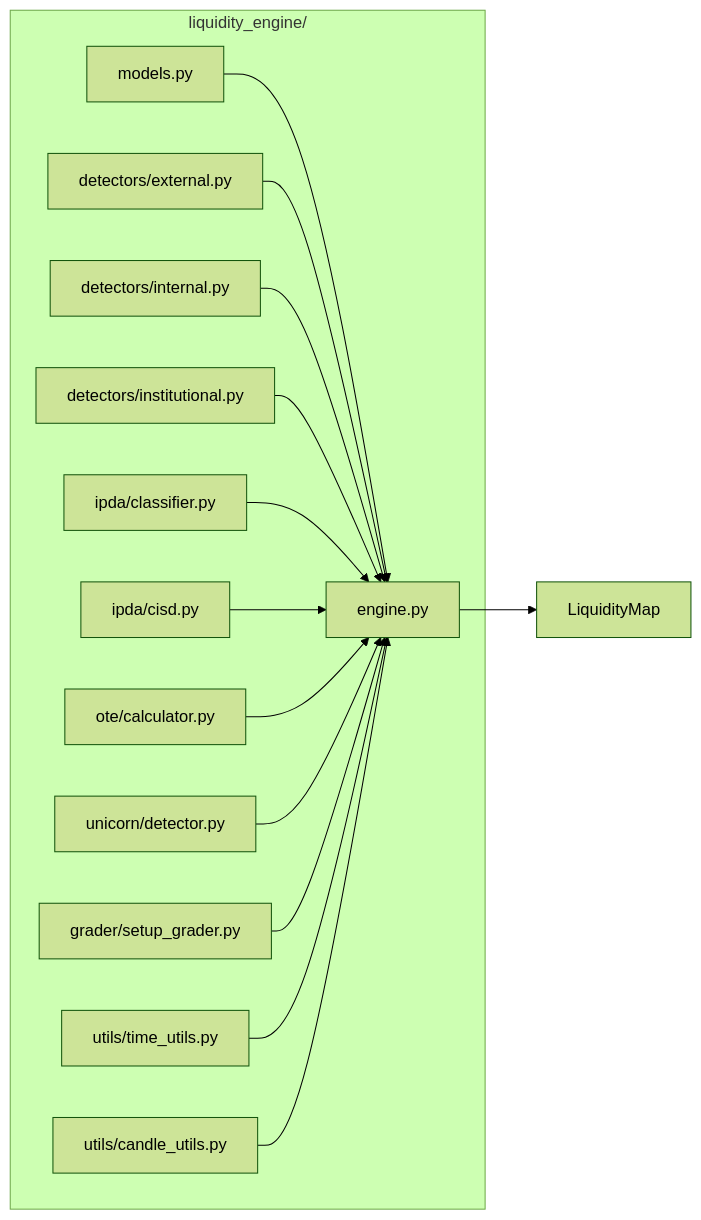
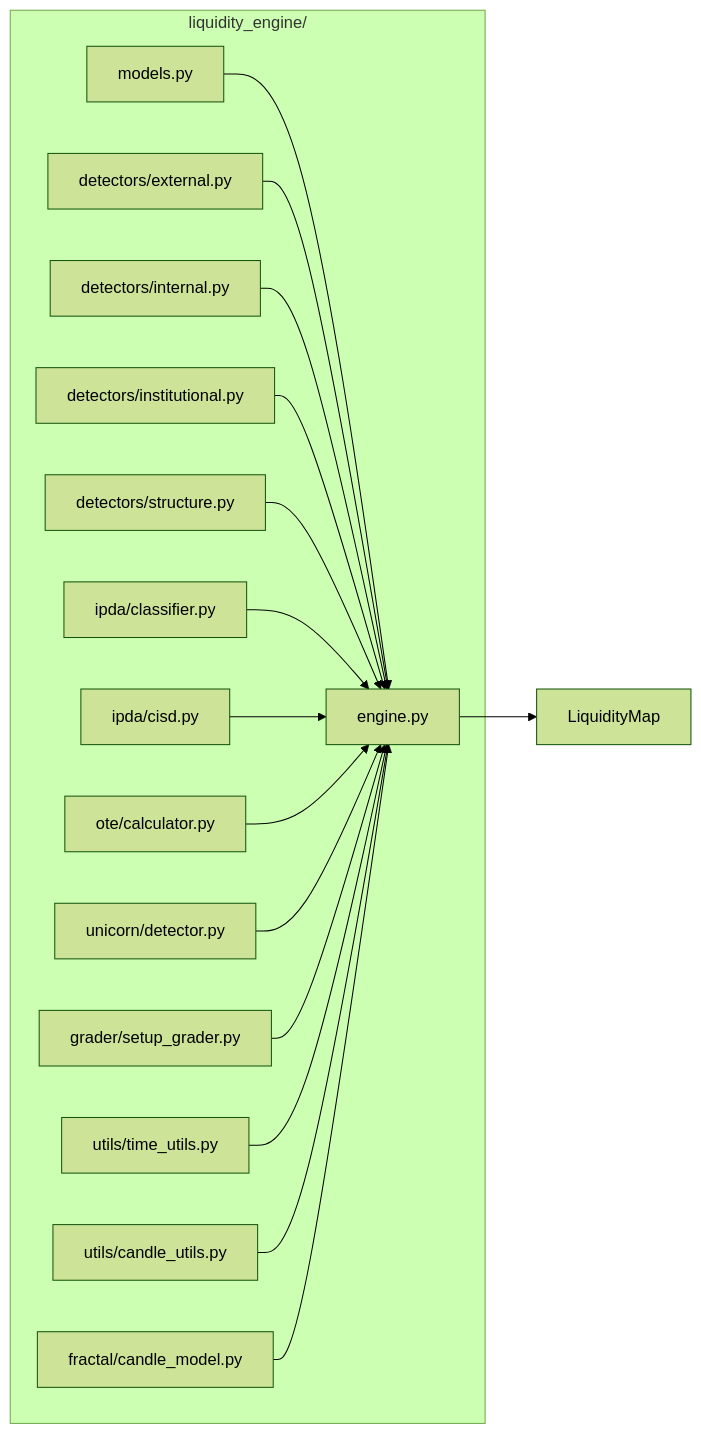
The second of 4 diagrams in .kiro/specs/liquidity-engine/design.md (RonoHenry/AgentICTrader), drawn with Mermaid (forest theme) before and after one commit. The commit also changed other lines of this file and 15 other files, not shown here.

````diff
--- a/.kiro/specs/liquidity-engine/design.md
+++ b/.kiro/specs/liquidity-engine/design.md
@@ -36,17 +46,19 @@
 ```mermaid
 graph LR
     subgraph liquidity_engine/
         M[models.py] --> N[engine.py]
         O[detectors/external.py] --> N
         P[detectors/internal.py] --> N
         Q[detectors/institutional.py] --> N
+        Q2[detectors/structure.py] --> N
         R[ipda/classifier.py] --> N
         S[ipda/cisd.py] --> N
         T[ote/calculator.py] --> N
         U[unicorn/detector.py] --> N
         V[grader/setup_grader.py] --> N
         W[utils/time_utils.py] --> N
         X[utils/candle_utils.py] --> N
+        X2[fractal/candle_model.py] --> N
     end
     N --> Y[LiquidityMap]
 ```
````
